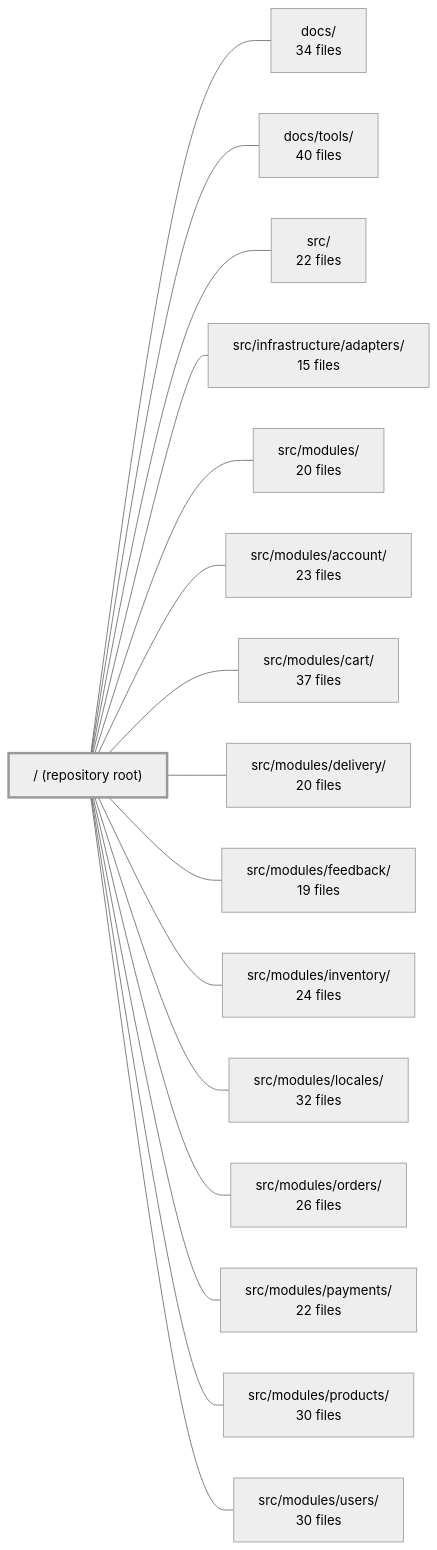
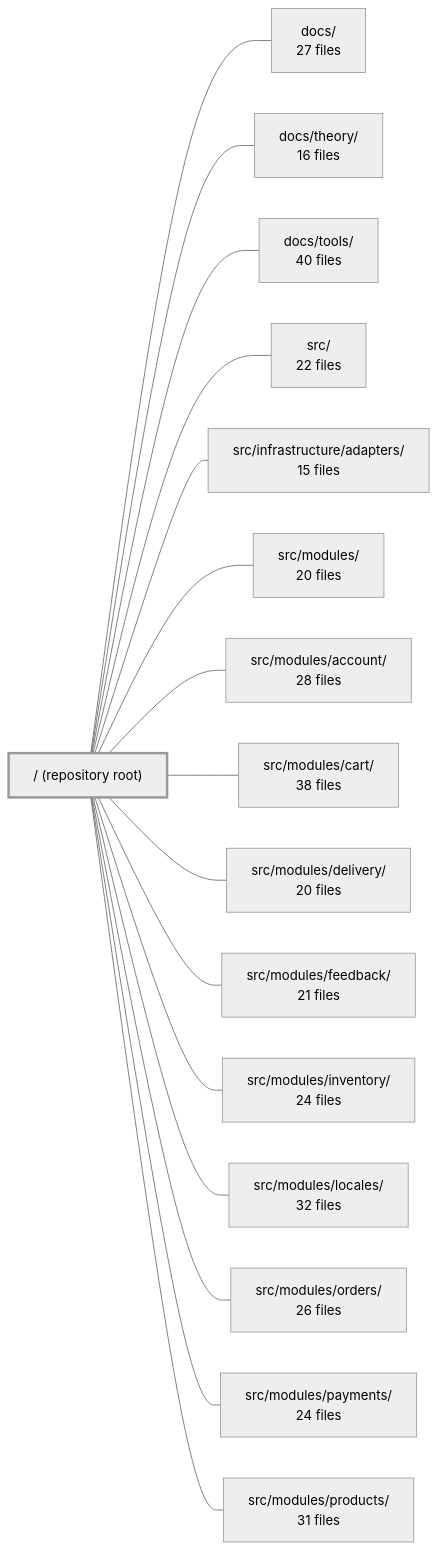
The diagram in .2repo/modules/boilerplate-node-backend_ROOT.md (Guebbit/boilerplate-node-backend), drawn with Mermaid (neutral theme) before and after one commit. The commit also changed other lines of this file and 302 other files, not shown here.

First line of the commit message:
chore(2repo): refresh repo context, wiki, and architecture snapshots

````diff
--- a/.2repo/modules/boilerplate-node-backend_ROOT.md
+++ b/.2repo/modules/boilerplate-node-backend_ROOT.md
@@ -41,35 +42,35 @@
 ```mermaid
 flowchart LR
     m_root["/ (repository root)"]
-    m_docs["docs/<br/>34 files"]
+    m_docs["docs/<br/>27 files"]
+    m_docs_theory["docs/theory/<br/>16 files"]
     m_docs_tools["docs/tools/<br/>40 files"]
     m_src["src/<br/>22 files"]
     m_src_infrastructure_adapters["src/infrastructure/adapters/<br/>15 files"]
     m_src_modules["src/modules/<br/>20 files"]
-    m_src_modules_account["src/modules/account/<br/>23 files"]
-    m_src_modules_cart["src/modules/cart/<br/>37 files"]
+    m_src_modules_account["src/modules/account/<br/>28 files"]
+    m_src_modules_cart["src/modules/cart/<br/>38 files"]
     m_src_modules_delivery["src/modules/delivery/<br/>20 files"]
-    m_src_modules_feedback["src/modules/feedback/<br/>19 files"]
+    m_src_modules_feedback["src/modules/feedback/<br/>21 files"]
     m_src_modules_inventory["src/modules/inventory/<br/>24 files"]
     m_src_modules_locales["src/modules/locales/<br/>32 files"]
     m_src_modules_orders["src/modules/orders/<br/>26 files"]
-    m_src_modules_payments["src/modules/payments/<br/>22 files"]
-    m_src_modules_products["src/modules/products/<br/>30 files"]
-    m_src_modules_users["src/modules/users/<br/>30 files"]
+    m_src_modules_payments["src/modules/payments/<br/>24 files"]
+    m_src_modules_products["src/modules/products/<br/>31 files"]
     m_root --- m_docs
+    m_root --- m_docs_theory
     m_root --- m_docs_tools
     m_root --- m_src
     m_root --- m_src_infrastructure_adapters
     m_root --- m_src_modules
     m_root --- m_src_modules_account
     m_root --- m_src_modules_cart
     m_root --- m_src_modules_delivery
     m_root --- m_src_modules_feedback
     m_root --- m_src_modules_inventory
     m_root --- m_src_modules_locales
     m_root --- m_src_modules_orders
     m_root --- m_src_modules_payments
     m_root --- m_src_modules_products
-    m_root --- m_src_modules_users
     style m_root stroke-width:3px
 ```
````
